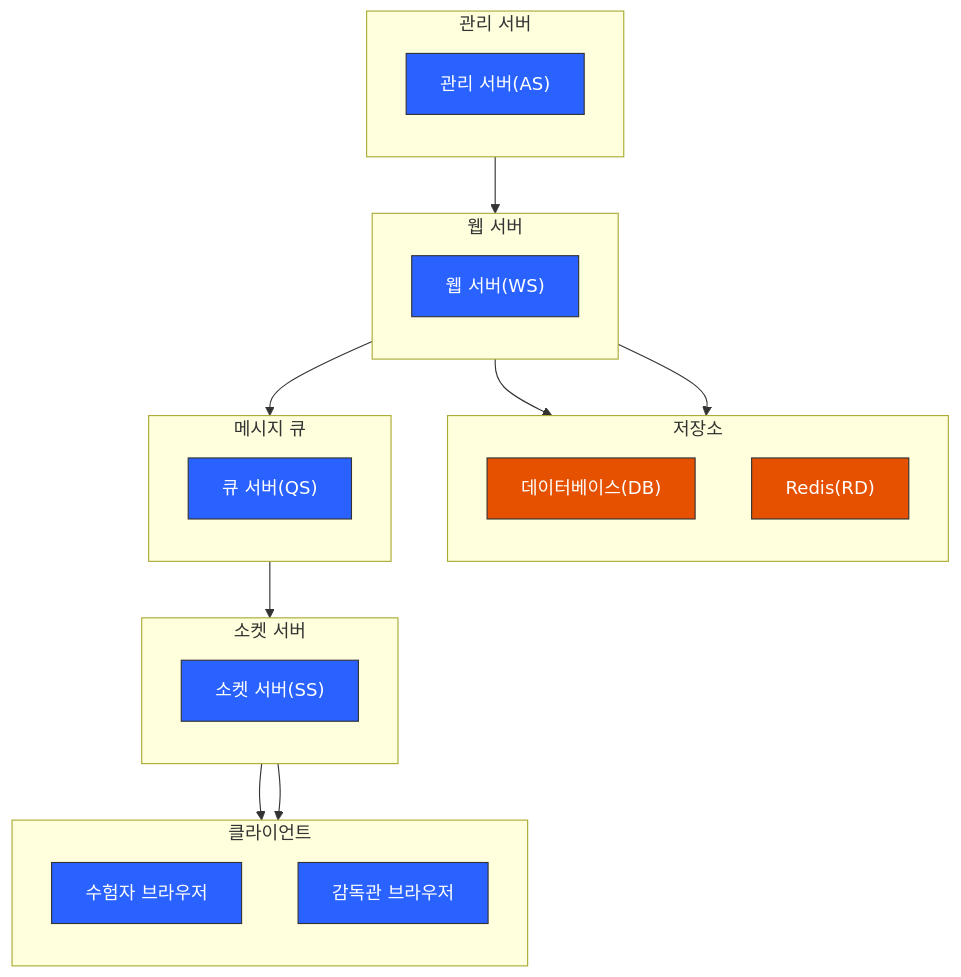
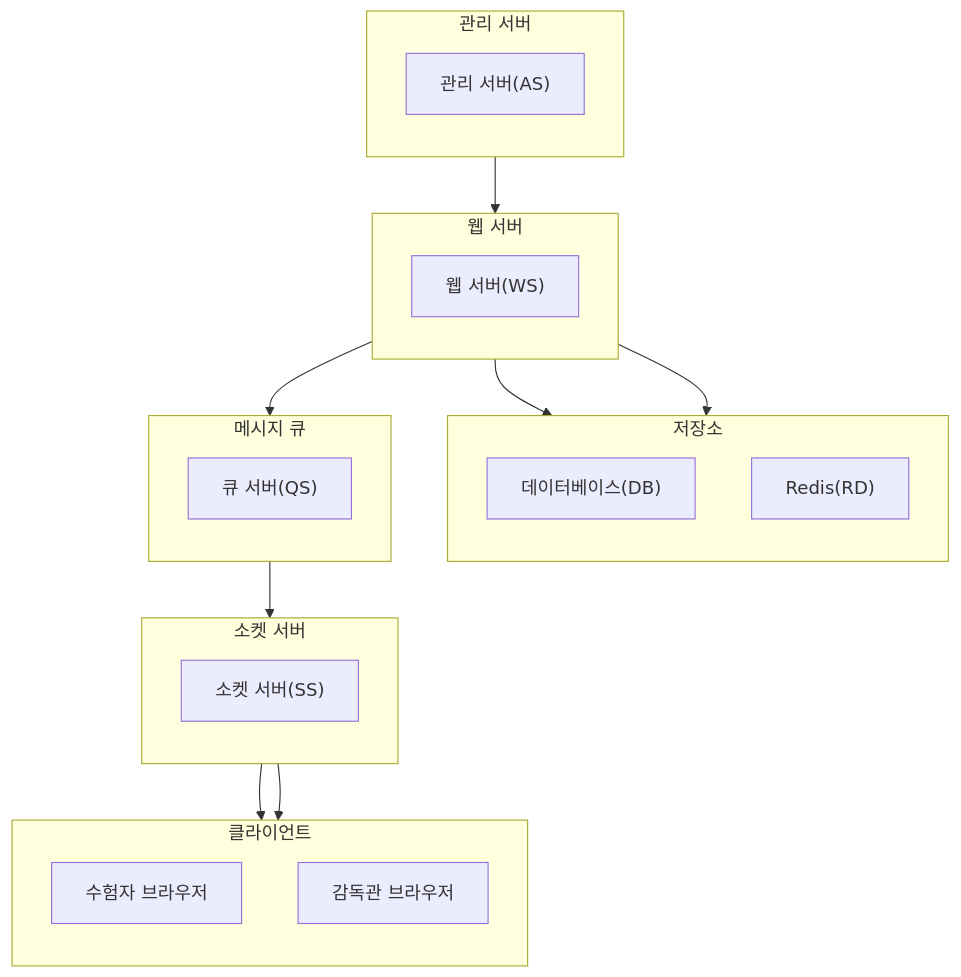
The first of 2 diagrams in 시나리오/02 시험 완료 프로세스.md (ldmrepo/exam-arch), drawn with Mermaid before and after one commit. The commit also changed other lines of this file and 7 other files, not shown here.

Commit message:
상태 처리 다이어그램에서 스타일 제거 및 시퀀스 다이어그램 추가

````diff
--- a/시나리오/02 시험 완료 프로세스.md
+++ b/시나리오/02 시험 완료 프로세스.md
@@ -19,52 +19,42 @@
 ```mermaid
 flowchart TB
     subgraph AdminServer["관리 서버"]
         direction TB
         AS["관리 서버(AS)"]
     end
 
     subgraph WebServer["웹 서버"]
         direction TB
         WS["웹 서버(WS)"]
     end
 
     subgraph Storage["저장소"]
         direction TB
         DB["데이터베이스(DB)"]
         RD["Redis(RD)"]
     end
 
     subgraph Queue["메시지 큐"]
         direction TB
         QS["큐 서버(QS)"]
     end
 
     subgraph SocketServer["소켓 서버"]
         direction TB
         SS["소켓 서버(SS)"]
     end
 
     subgraph Clients["클라이언트"]
         direction TB
         CB["수험자 브라우저"]
         SB["감독관 브라우저"]
     end
 
     AS --> WS
     WS --> DB
     WS --> RD
     WS --> QS
     QS --> SS
     SS --> CB
     SS --> SB
-
-    style AS fill:#2962ff,stroke:#333,color:#fff
-    style WS fill:#2962ff,stroke:#333,color:#fff
-    style DB fill:#e65100,stroke:#333,color:#fff
-    style RD fill:#e65100,stroke:#333,color:#fff
-    style QS fill:#2962ff,stroke:#333,color:#fff
-    style SS fill:#2962ff,stroke:#333,color:#fff
-    style CB fill:#2962ff,stroke:#333,color:#fff
-    style SB fill:#2962ff,stroke:#333,color:#fff
-
 ```
````
